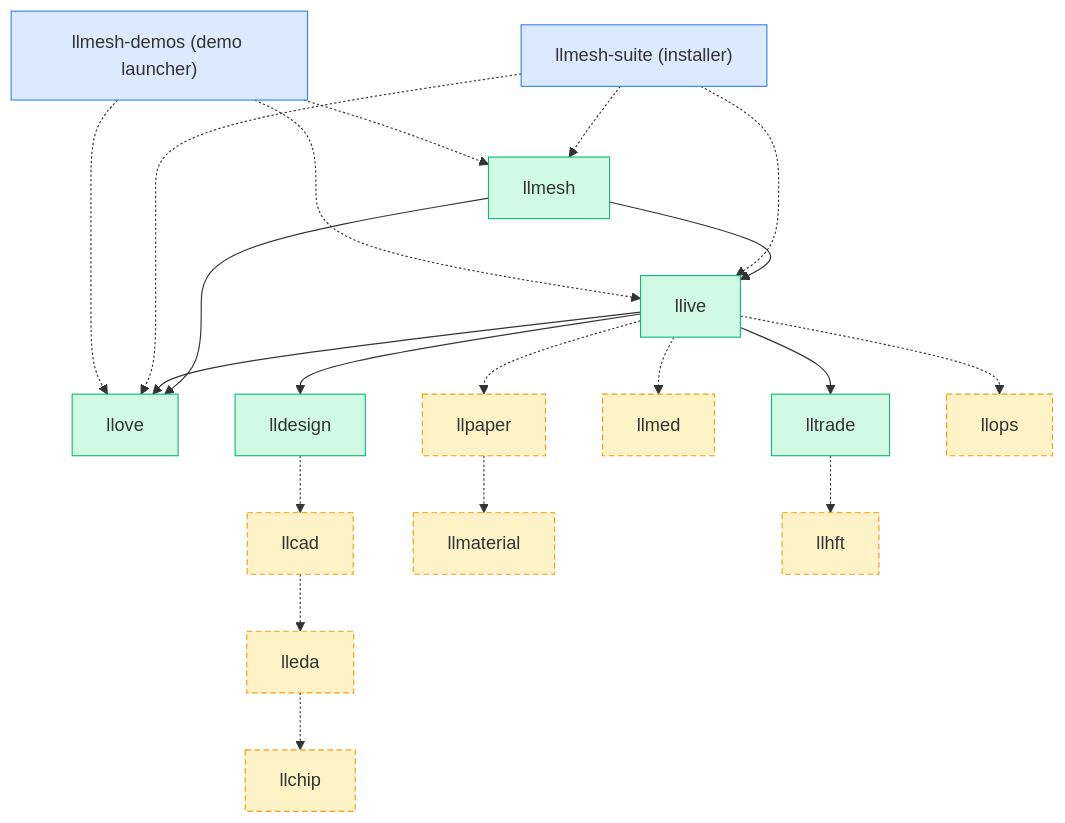
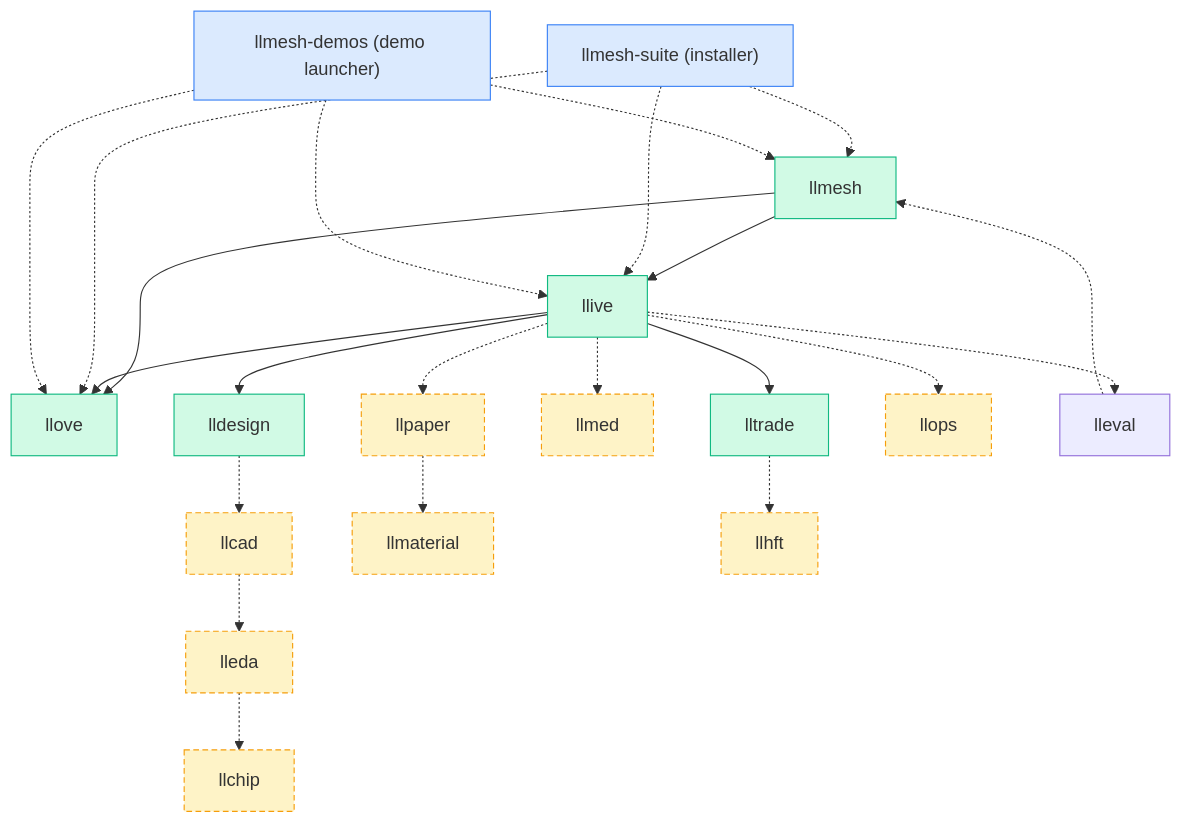
The second of 3 diagrams in docs/roadmap.md (furuse-kazufumi/fullsense), drawn with Mermaid before and after one commit.

Commit message:
docs(roadmap): lleval (Pre-PoC Skeleton) + Non-Transformer track の status を追加

````diff
--- a/docs/roadmap.md
+++ b/docs/roadmap.md
@@ -114,30 +114,32 @@
 ```mermaid
 flowchart TB
   llmesh --> llive
   llmesh --> llove
   llive --> llove
   llive --> lldesign
   llive --> lltrade
   lldesign -.-> llcad
   llcad -.-> lleda
   lleda -.-> llchip
   llive -.-> llmed
   llive -.-> llpaper
   llpaper -.-> llmaterial
   llive -.-> llops
+  llive -.-> lleval
+  lleval -.-> llmesh
   lltrade -.-> llhft
   suite["llmesh-suite (installer)"]
   demos["llmesh-demos (demo launcher)"]
   suite -.-> llmesh
   suite -.-> llive
   suite -.-> llove
   demos -.-> llmesh
   demos -.-> llive
   demos -.-> llove
   classDef live fill:#d1fae5,stroke:#10b981;
   classDef parked fill:#fef3c7,stroke:#f59e0b,stroke-dasharray: 5 3;
   classDef installer fill:#dbeafe,stroke:#3b82f6;
   class llmesh,llive,llove,lldesign,lltrade live;
   class llcad,lleda,llchip,llmed,llpaper,llmaterial,llops,llhft parked;
   class suite,demos installer;
 ```
````
